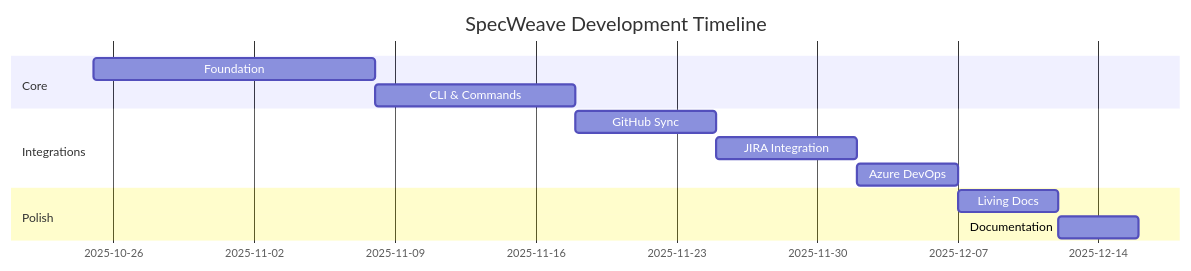
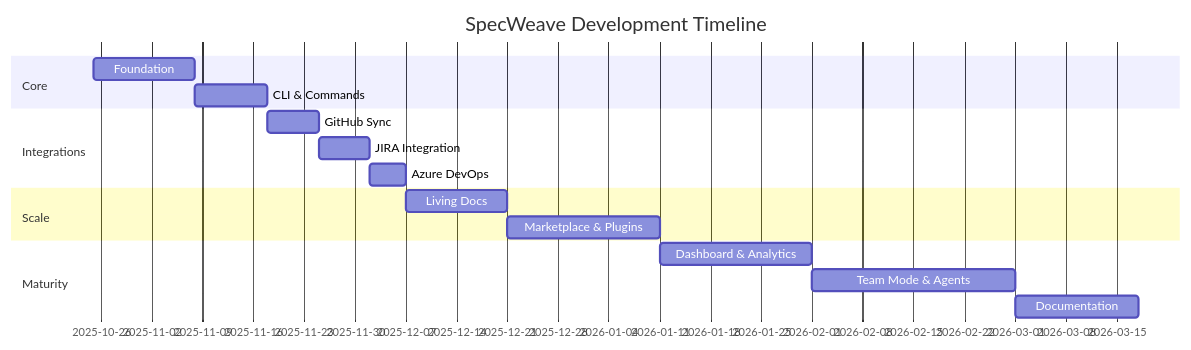
Before and after one commit to anton-abyzov/specweave: the second of 3 diagrams in docs-site/docs/overview/dogfooding.md, drawn with Mermaid. The commit also changed other lines of this file and 11 other files, not shown here.

````diff
--- a/docs-site/docs/overview/dogfooding.md
+++ b/docs-site/docs/overview/dogfooding.md
@@ -128,15 +127,19 @@
 ```mermaid
 gantt
     title SpecWeave Development Timeline
     dateFormat YYYY-MM-DD
     section Core
     Foundation           :2025-10-25, 14d
     CLI & Commands       :2025-11-08, 10d
     section Integrations
     GitHub Sync          :2025-11-18, 7d
     JIRA Integration     :2025-11-25, 7d
     Azure DevOps         :2025-12-02, 5d
-    section Polish
-    Living Docs          :2025-12-07, 5d
-    Documentation        :2025-12-12, 4d
+    section Scale
+    Living Docs          :2025-12-07, 14d
+    Marketplace & Plugins :2025-12-21, 21d
+    section Maturity
+    Dashboard & Analytics :2026-01-11, 21d
+    Team Mode & Agents   :2026-02-01, 28d
+    Documentation        :2026-03-01, 17d
 ```
````
